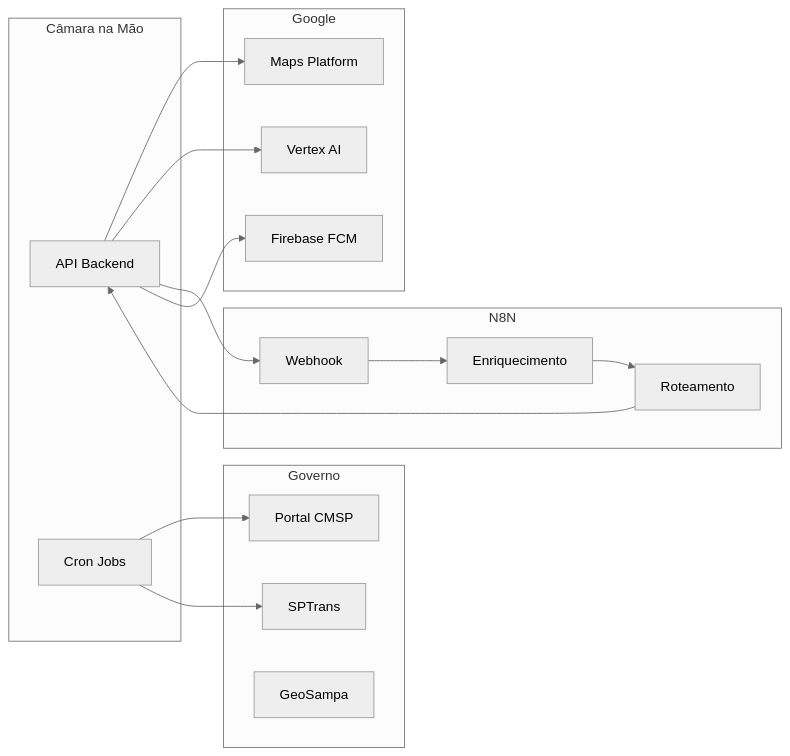
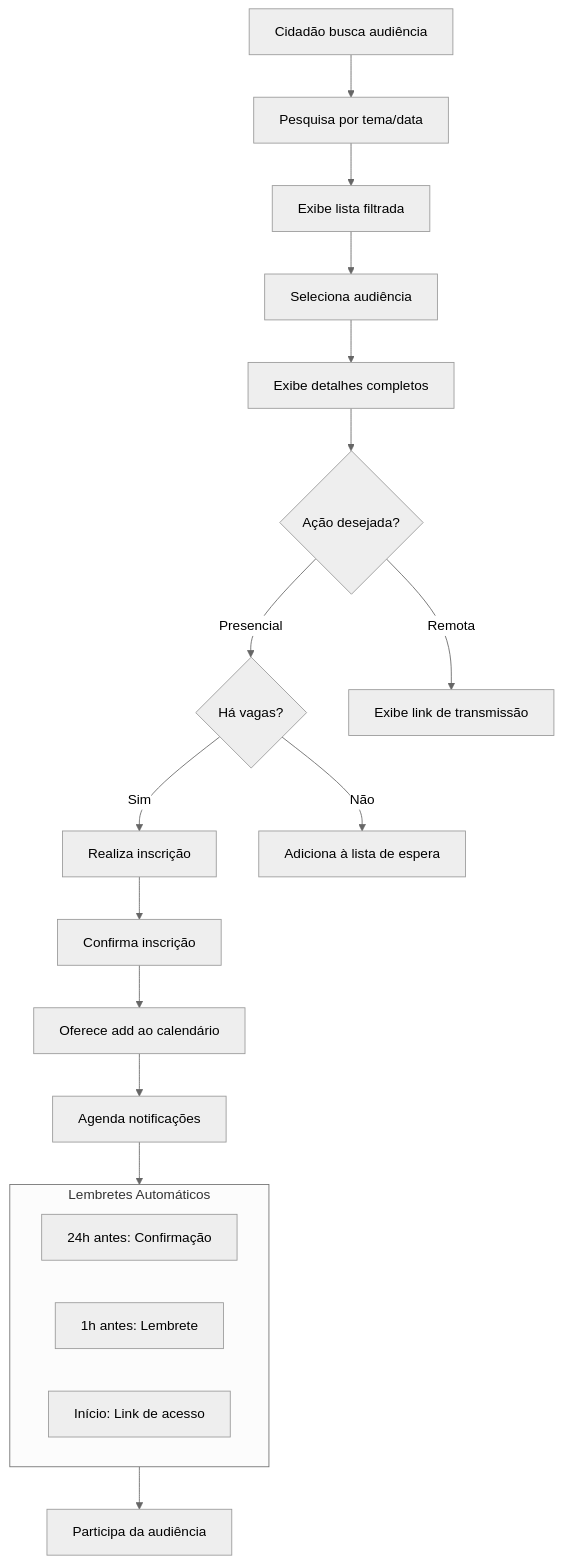
Diagram 19 of 33 in docs/ESCOPO_E_ARQUITETURA_CAMARA_NA_MAO.md (MTechnologia/camana-na-mao), drawn with Mermaid (neutral theme) before and after one commit. The commit also changed other lines of this file, not shown here.

````diff
--- a/docs/ESCOPO_E_ARQUITETURA_CAMARA_NA_MAO.md
+++ b/docs/ESCOPO_E_ARQUITETURA_CAMARA_NA_MAO.md
@@ -1072,35 +1752,27 @@
 ```mermaid
-flowchart LR
-    subgraph App["Câmara na Mão"]
-        API["API Backend"]
-        Cron["Cron Jobs"]
+flowchart TB
+    Start["Cidadão busca audiência"] --> Search["Pesquisa por tema/data"]
+    Search --> Results["Exibe lista filtrada"]
+    Results --> Select["Seleciona audiência"]
+    Select --> Details["Exibe detalhes completos"]
+    
+    Details --> Action{"Ação desejada?"}
+    Action -->|Presencial| CheckVagas{"Há vagas?"}
+    Action -->|Remota| LinkRemoto["Exibe link de transmissão"]
+    
+    CheckVagas -->|Sim| Inscricao["Realiza inscrição"]
+    CheckVagas -->|Não| ListaEspera["Adiciona à lista de espera"]
+    
+    Inscricao --> Confirmation["Confirma inscrição"]
+    Confirmation --> Calendar["Oferece add ao calendário"]
+    Calendar --> Notifications["Agenda notificações"]
+    
+    subgraph Lembretes["Lembretes Automáticos"]
+        L1["24h antes: Confirmação"]
+        L2["1h antes: Lembrete"]
+        L3["Início: Link de acesso"]
     end
-
-    subgraph Google["Google"]
-        GMaps["Maps Platform"]
-        FCM["Firebase FCM"]
-        Vertex["Vertex AI"]
-    end
-
-    subgraph Gov["Governo"]
-        CMSP["Portal CMSP"]
-        SPTrans["SPTrans"]
-        GeoSampa["GeoSampa"]
-    end
-
-    subgraph Workflow["N8N"]
-        Webhook["Webhook"]
-        Enrich["Enriquecimento"]
-        Route["Roteamento"]
-    end
-
-    API --> GMaps
-    API --> Vertex
-    API --> Webhook
-    Webhook --> Enrich
-    Enrich --> Route
-    Route --> API
-    Cron --> CMSP
-    Cron --> SPTrans
-    API --> FCM
+    
+    Notifications --> Lembretes
+    Lembretes --> Participate["Participa da audiência"]
 ```
````
